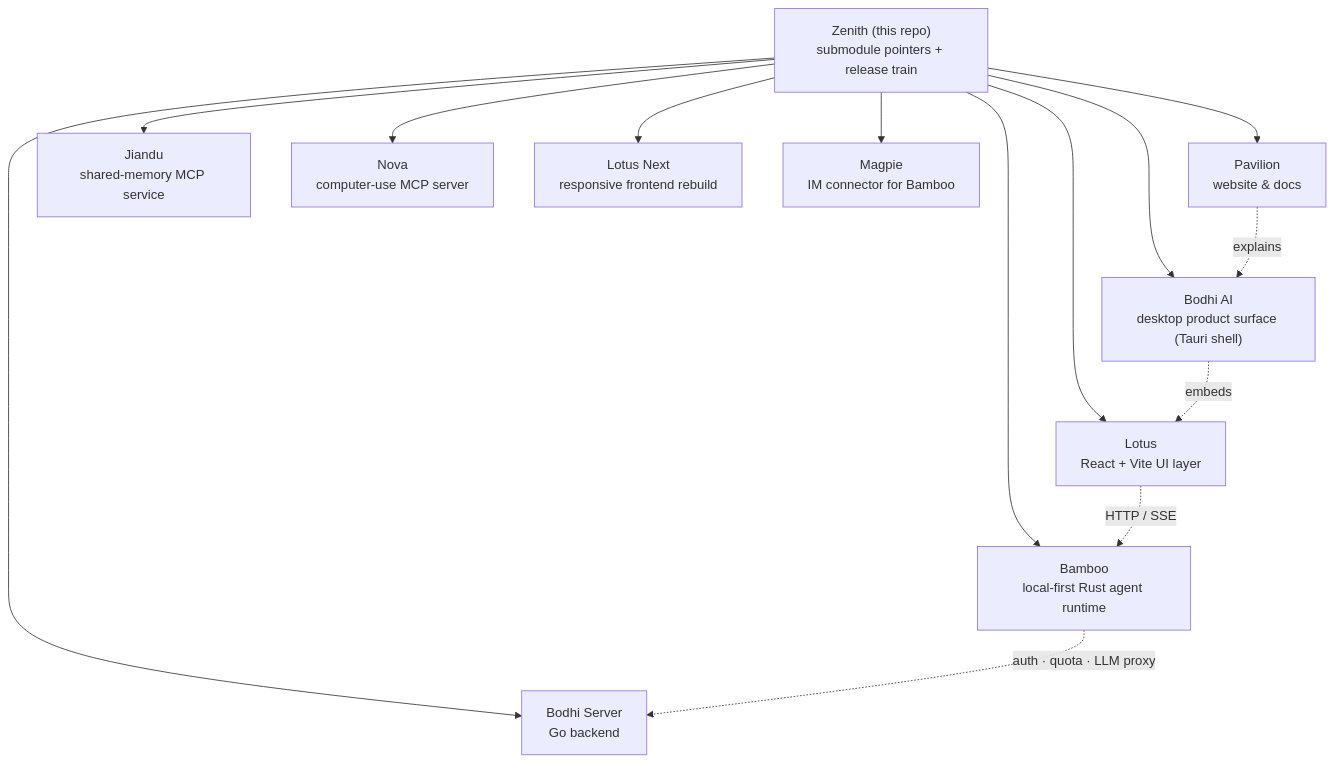
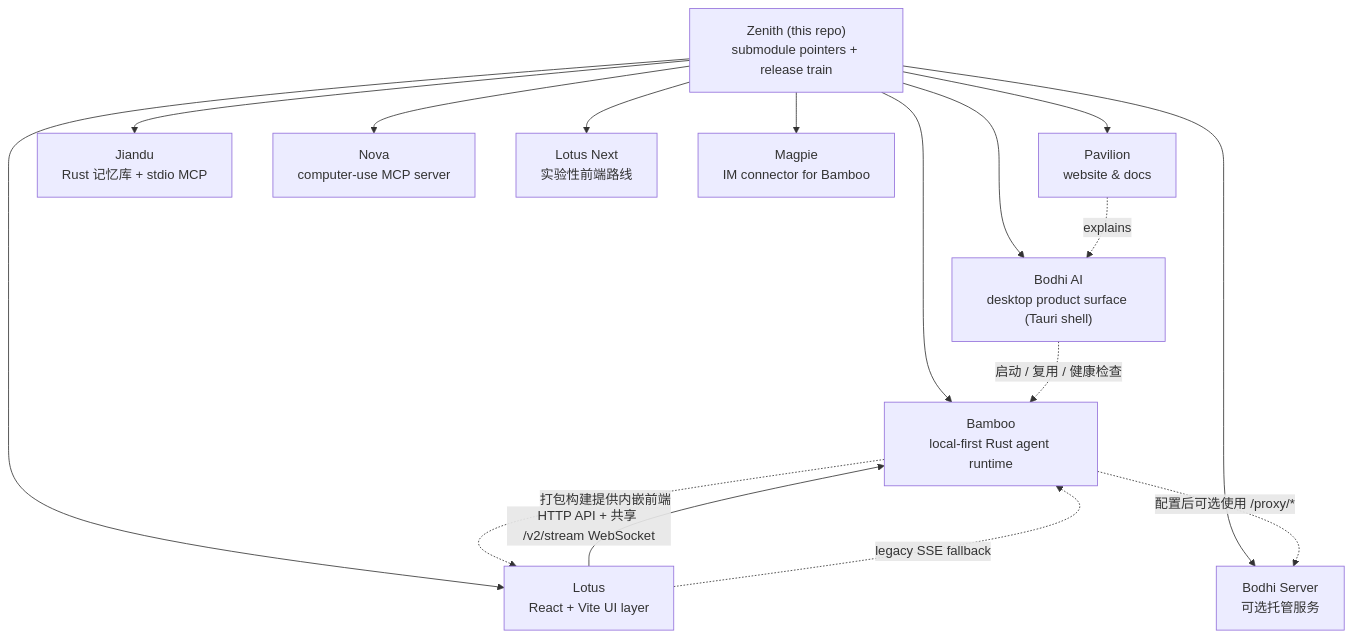
The diagram in README.zh-CN.md (bigduu/Zenith), drawn with Mermaid before and after one commit. The commit also changed other lines of this file and 1 other file, not shown here.

````diff
--- a/README.zh-CN.md
+++ b/README.zh-CN.md
@@ -41,19 +41,21 @@
 ```mermaid
 graph TD
   Z["Zenith (this repo)<br/>submodule pointers + release train"]
 
   Z --> B["Bodhi AI<br/>desktop product surface (Tauri shell)"]
   Z --> L["Lotus<br/>React + Vite UI layer"]
   Z --> R["Bamboo<br/>local-first Rust agent runtime"]
-  Z --> S["Bodhi Server<br/>Go backend"]
+  Z --> S["Bodhi Server<br/>可选托管服务"]
   Z --> P["Pavilion<br/>website & docs"]
-  Z --> J["Jiandu<br/>shared-memory MCP service"]
+  Z --> J["Jiandu<br/>Rust 记忆库 + stdio MCP"]
   Z --> N["Nova<br/>computer-use MCP server"]
-  Z --> LN["Lotus Next<br/>responsive frontend rebuild"]
+  Z --> LN["Lotus Next<br/>实验性前端路线"]
   Z --> M["Magpie<br/>IM connector for Bamboo"]
 
-  B -. embeds .-> L
-  L -. HTTP / SSE .-> R
-  R -. auth · quota · LLM proxy .-> S
+  B -. 启动 / 复用 / 健康检查 .-> R
+  R -. 打包构建提供内嵌前端 .-> L
+  L -->|HTTP API + 共享 /v2/stream WebSocket| R
+  L -. legacy SSE fallback .-> R
+  R -. 配置后可选使用 /proxy/* .-> S
   P -. explains .-> B
 ```
````
